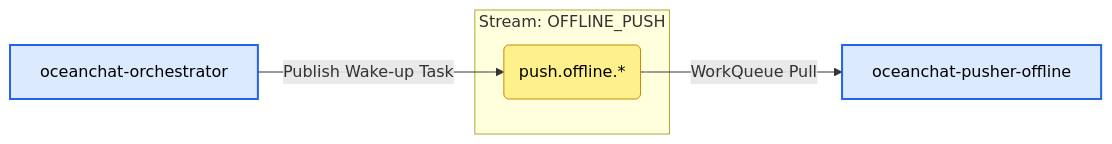
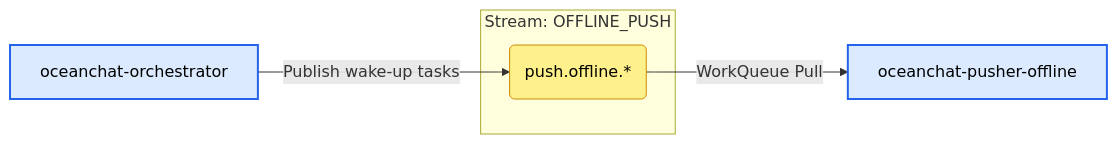
Before and after one commit to JamesWilson19970101/ocean.chat.docs: diagram 11 of 13 in docs/devdocs/jetstream-strategy.md, drawn with Mermaid. The commit also changed other lines of this file and 1 other file, not shown here.

````diff
--- a/docs/devdocs/jetstream-strategy.md
+++ b/docs/devdocs/jetstream-strategy.md
@@ -432,15 +500,15 @@
 ```mermaid
 flowchart LR
   classDef service fill:#dbeafe,stroke:#2563eb,stroke-width:2px,color:#000;
   classDef subject fill:#fef08a,stroke:#ca8a04,stroke-width:1px,color:#000;
 
   P[oceanchat-orchestrator]:::service
   C[oceanchat-pusher-offline]:::service
 
   subgraph Stream: OFFLINE_PUSH
     SUB(push.offline.*):::subject
   end
 
-  P -- Publish Wake-up Task --> SUB
+  P -- Publish wake-up tasks --> SUB
   SUB -- WorkQueue Pull --> C
 ```
````
